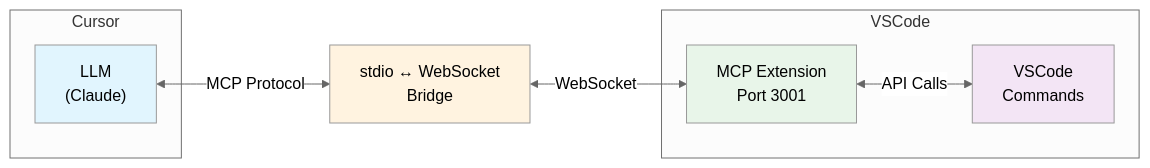
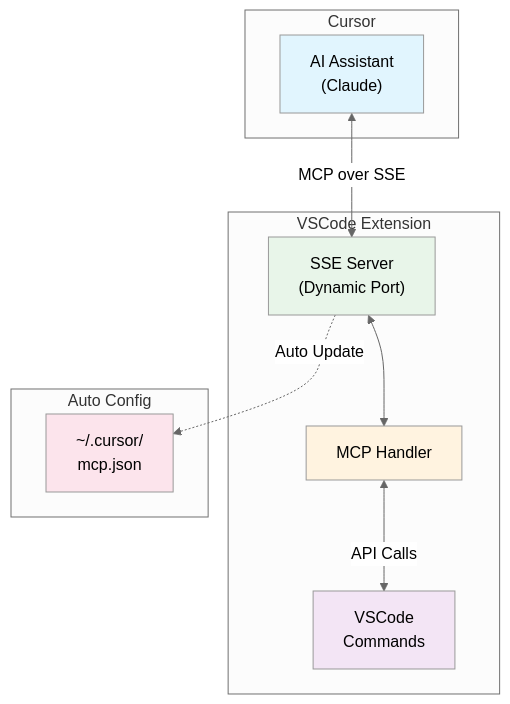
One commit to louisfghbvc/mcp-vscode-commands changed the first of 2 diagrams in README.md. Above: the diagram before and after it, drawn with Mermaid (neutral theme). The commit also changed other lines of this file and 13 other files, not shown here.

````diff
--- a/README.md
+++ b/README.md
@@ -14,22 +16,27 @@
 ```mermaid
-graph LR
+graph TB
     subgraph "Cursor"
-        LLM["LLM<br/>(Claude)"]
+        LLM["AI Assistant<br/>(Claude)"]
     end
     
-    Bridge["stdio ↔ WebSocket<br/>Bridge"]
-    
-    subgraph "VSCode"
-        Extension["MCP Extension<br/>Port 3001"]
+    subgraph "VSCode Extension"
+        SSE["SSE Server<br/>(Dynamic Port)"]
+        MCP["MCP Handler"]
         Commands["VSCode<br/>Commands"]
     end
     
-    LLM <-->|"MCP Protocol"| Bridge
-    Bridge <-->|"WebSocket"| Extension
-    Extension <-->|"API Calls"| Commands
+    subgraph "Auto Config"
+        Config["~/.cursor/<br/>mcp.json"]
+    end
+    
+    LLM <-->|"MCP over SSE"| SSE
+    SSE <--> MCP
+    MCP <-->|"API Calls"| Commands
+    SSE -.->|"Auto Update"| Config
     
     style LLM fill:#e1f5fe
-    style Bridge fill:#fff3e0
-    style Extension fill:#e8f5e9
+    style SSE fill:#e8f5e9  
+    style MCP fill:#fff3e0
     style Commands fill:#f3e5f5
+    style Config fill:#fce4ec
 ```
````
